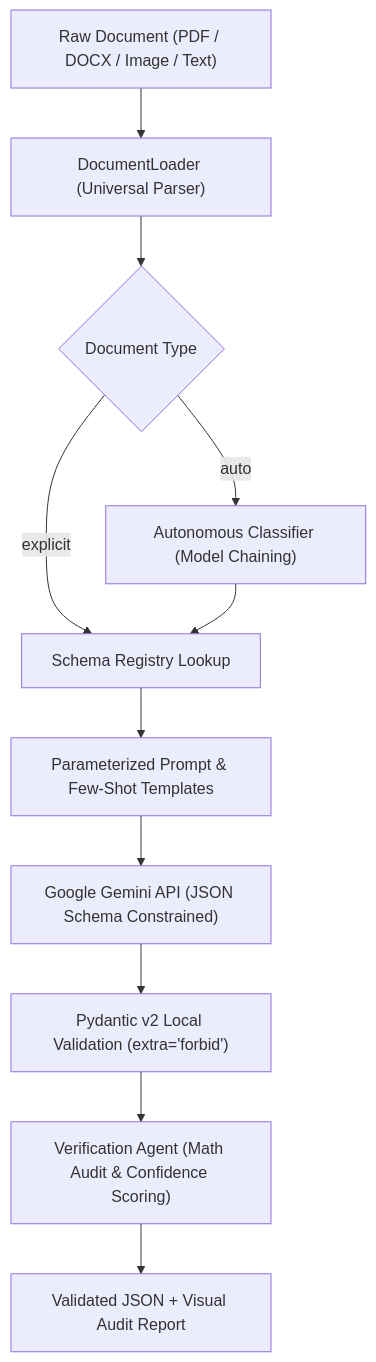
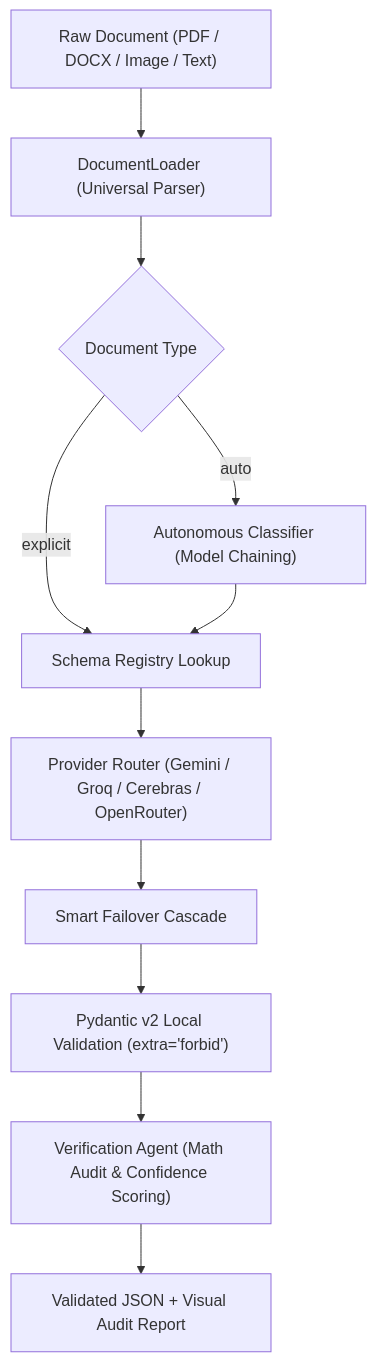
One commit to NikhilKumarKotte/Datheon-ai-projects changed the diagram in Structured LLM Prompt Pipeline & JSON Extractor/README.md. Above: the diagram before and after it, drawn with Mermaid. The commit also changed other lines of this file and 20 other files, not shown here.

````diff
--- a/Structured LLM Prompt Pipeline & JSON Extractor/README.md
+++ b/Structured LLM Prompt Pipeline & JSON Extractor/README.md
@@ -29,13 +29,13 @@
 ```mermaid
 flowchart TD
     A["Raw Document (PDF / DOCX / Image / Text)"] --> B["DocumentLoader (Universal Parser)"]
     B --> C{"Document Type"}
     C -->|auto| D["Autonomous Classifier (Model Chaining)"]
     C -->|explicit| E["Schema Registry Lookup"]
     D --> E
-    E --> F["Parameterized Prompt & Few-Shot Templates"]
-    F --> G["Google Gemini API (JSON Schema Constrained)"]
+    E --> F["Provider Router (Gemini / Groq / Cerebras / OpenRouter)"]
+    F --> G["Smart Failover Cascade"]
     G --> H["Pydantic v2 Local Validation (extra='forbid')"]
     H --> I["Verification Agent (Math Audit & Confidence Scoring)"]
     I --> J["Validated JSON + Visual Audit Report"]
 ```
````
